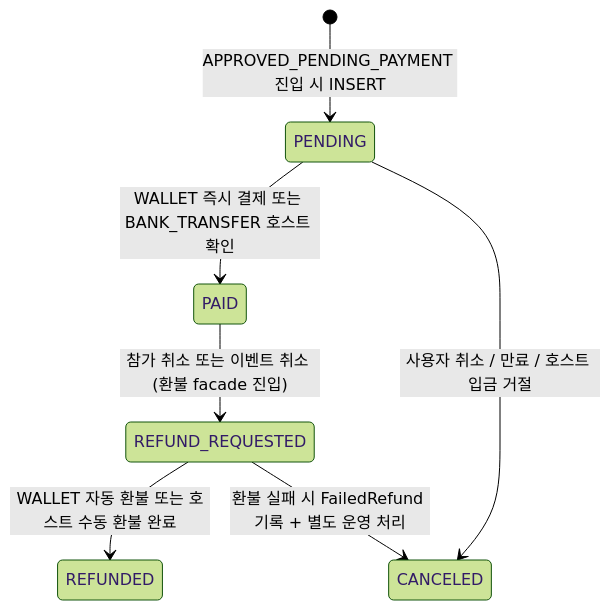
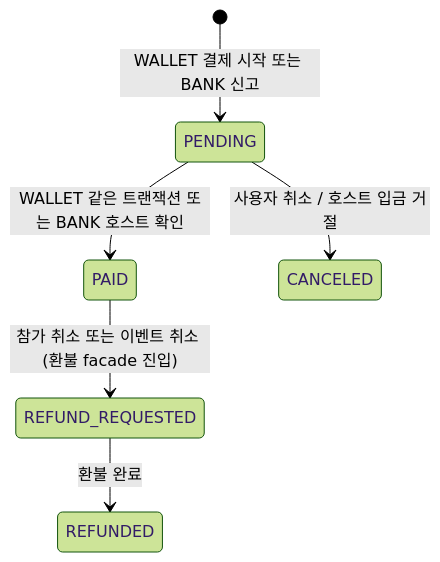
Before and after one commit to endside82/business_logic: diagram 14 of 17 in prd/03_policy_prds/state_policy_prd.md, drawn with Mermaid (forest theme). The commit also changed other lines of this file and 183 other files, not shown here.

````diff
--- a/prd/03_policy_prds/state_policy_prd.md
+++ b/prd/03_policy_prds/state_policy_prd.md
@@ -353,9 +356,8 @@
 ```mermaid
 stateDiagram-v2
-    [*] --> PENDING: APPROVED_PENDING_PAYMENT 진입 시 INSERT
-    PENDING --> PAID: WALLET 즉시 결제 또는 BANK_TRANSFER 호스트 확인
-    PENDING --> CANCELED: 사용자 취소 / 만료 / 호스트 입금 거절
+    [*] --> PENDING: WALLET 결제 시작 또는 BANK 신고
+    PENDING --> PAID: WALLET 같은 트랜잭션 또는 BANK 호스트 확인
+    PENDING --> CANCELED: 사용자 취소 / 호스트 입금 거절
     PAID --> REFUND_REQUESTED: 참가 취소 또는 이벤트 취소 (환불 facade 진입)
-    REFUND_REQUESTED --> REFUNDED: WALLET 자동 환불 또는 호스트 수동 환불 완료
-    REFUND_REQUESTED --> CANCELED: 환불 실패 시 FailedRefund 기록 + 별도 운영 처리
+    REFUND_REQUESTED --> REFUNDED: 환불 완료
 ```
````
